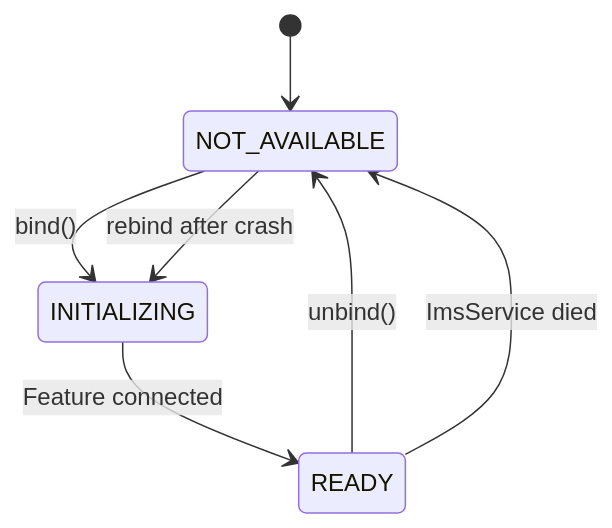
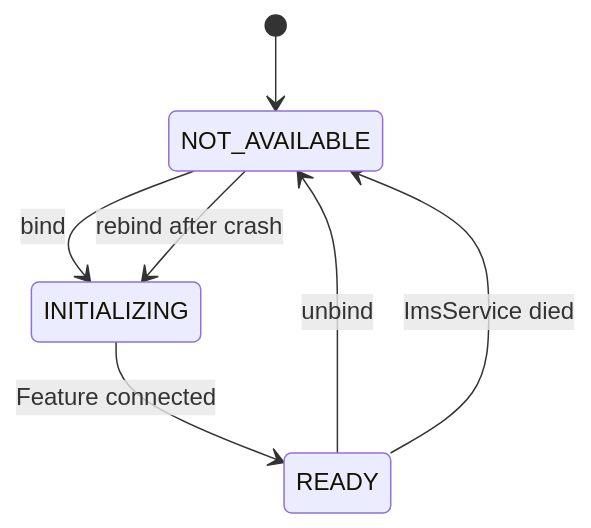
Diagram 25 of 46 in 36-telephony.md (fwrite0920/aosp-internal-book), drawn with Mermaid before and after one commit. The commit also changed other lines of this file and 13 other files, not shown here.

First line of the commit message:
Fix Mermaid diagrams and formatting in Parts VII-VIII (chapters 26-39)

````diff
--- a/36-telephony.md
+++ b/36-telephony.md
@@ -2022,9 +2022,9 @@
 ```mermaid
 stateDiagram-v2
     [*] --> NOT_AVAILABLE
-    NOT_AVAILABLE --> INITIALIZING : bind()
+    NOT_AVAILABLE --> INITIALIZING : bind
     INITIALIZING --> READY : Feature connected
-    READY --> NOT_AVAILABLE : unbind()
+    READY --> NOT_AVAILABLE : unbind
     READY --> NOT_AVAILABLE : ImsService died
     NOT_AVAILABLE --> INITIALIZING : rebind after crash
 ```
````
